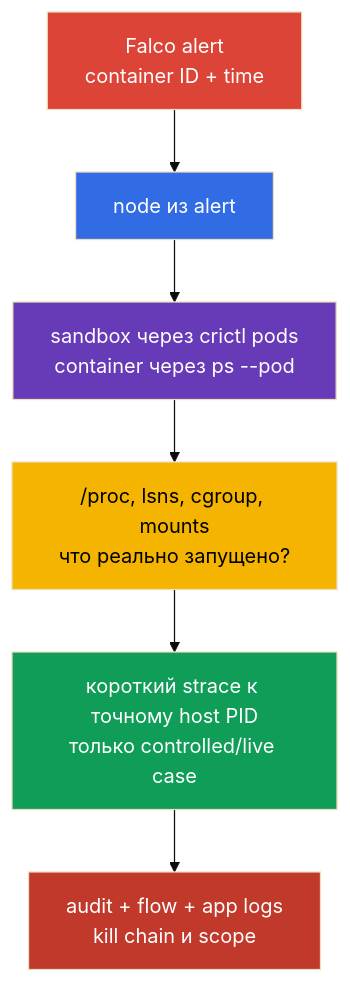
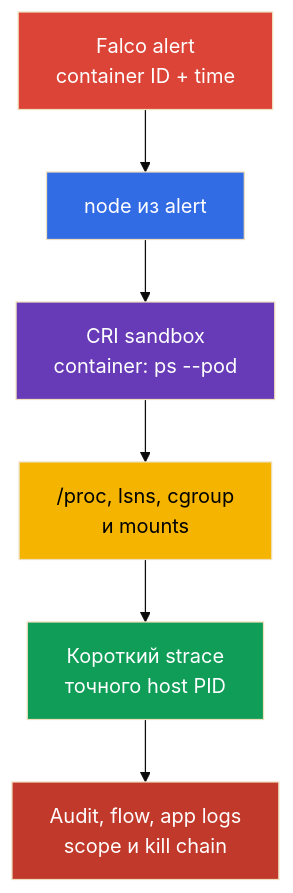
Before and after one commit to ViktorUJ/cks: the third of 3 diagrams in tasks/cks/course/30/ru.md, drawn with Mermaid (base theme). The commit also changed other lines of this file and 19 other files, not shown here.

````diff
--- a/tasks/cks/course/30/ru.md
+++ b/tasks/cks/course/30/ru.md
@@ -590,14 +592,14 @@
 ```mermaid
 flowchart TB
     alert["Falco alert<br/>container ID + time"] --> node["node из alert"]
-    node --> cri["sandbox через crictl pods<br/>container через ps --pod"]
-    cri --> proc["/proc, lsns, cgroup, mounts<br/>что реально запущено?"]
-    proc --> trace["короткий strace к точному host PID<br/>только controlled/live case"]
-    trace --> correlate["audit + flow + app logs<br/>kill chain и scope"]
+    node --> cri["CRI sandbox<br/>container: ps --pod"]
+    cri --> proc["/proc, lsns, cgroup<br/>и mounts"]
+    proc --> trace["Короткий strace<br/>точного host PID"]
+    trace --> correlate["Audit, flow, app logs<br/>scope и kill chain"]
     style alert fill:#db4437,color:#fff
     style node fill:#326ce5,color:#fff
     style cri fill:#673ab7,color:#fff
     style proc fill:#f4b400,color:#000
     style trace fill:#0f9d58,color:#fff
     style correlate fill:#c0392b,color:#fff
 ```
````
